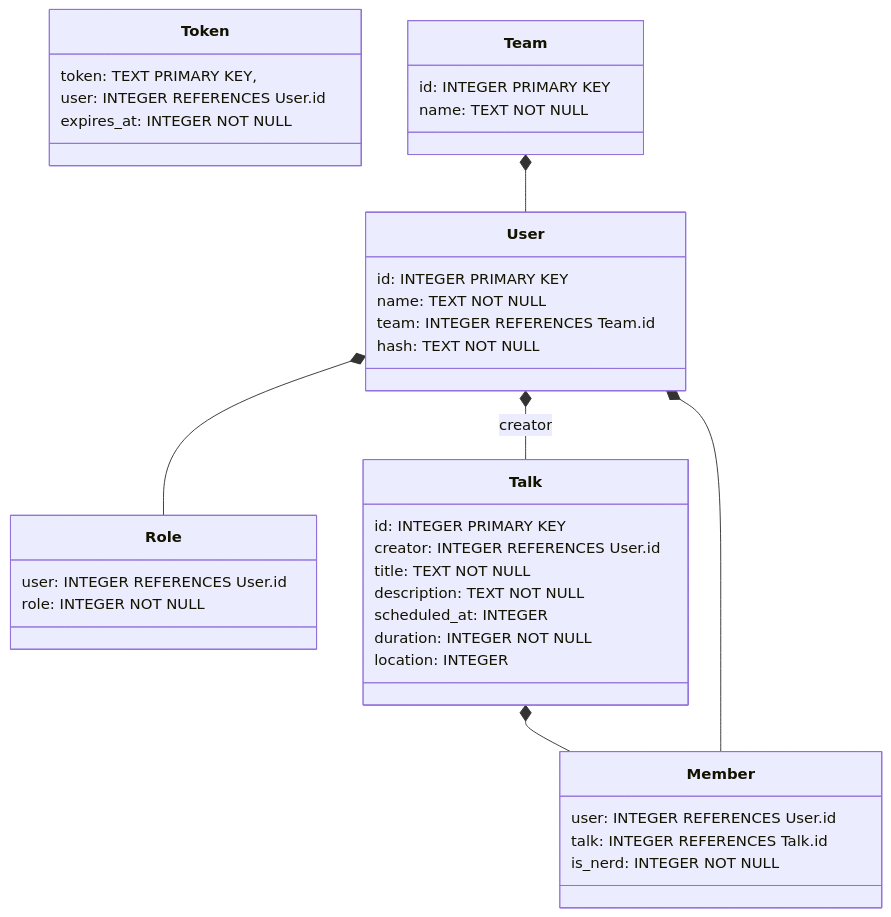
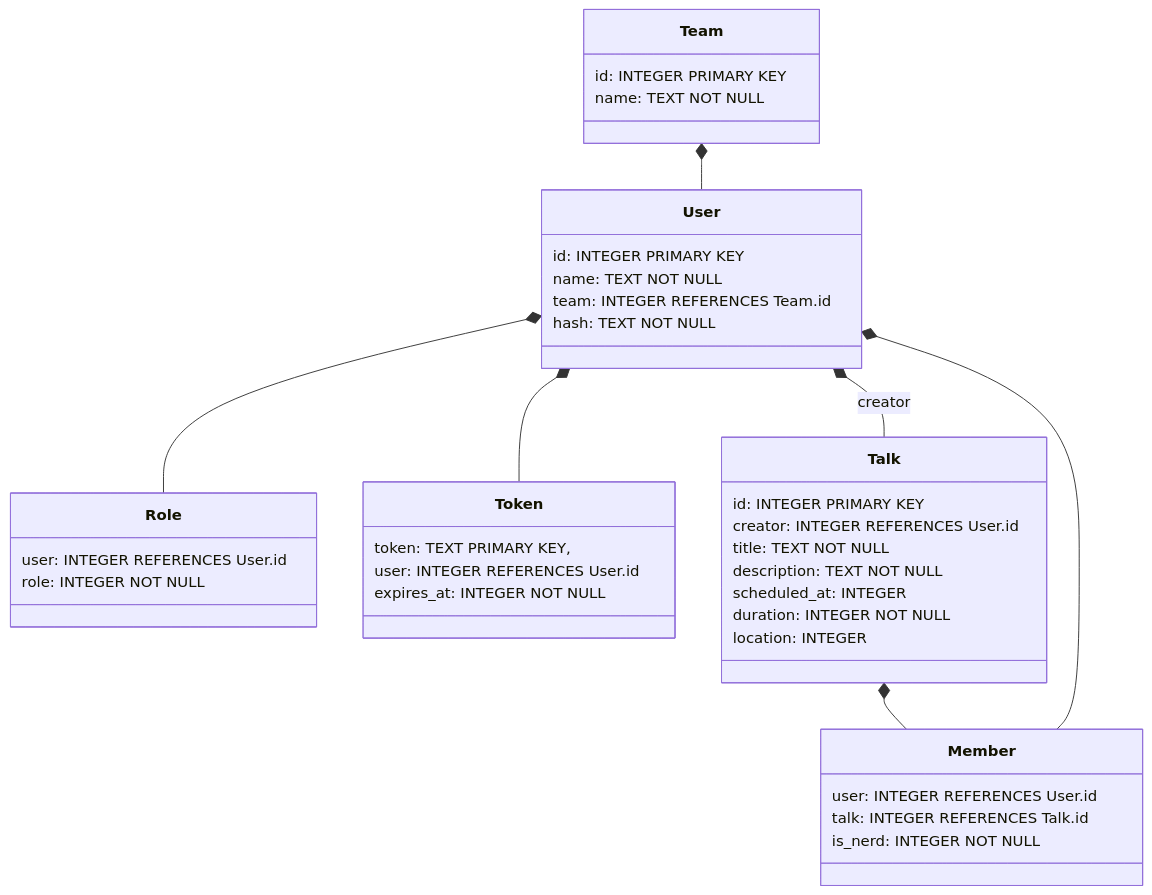
Before and after one commit to HULKs/mopad: the diagram in README.md, drawn with Mermaid. The commit also changed 1 other file, not shown here.

Commit message:
Add missing composition in table relation diagram

````diff
--- a/README.md
+++ b/README.md
@@ -113,41 +113,42 @@
 ```mermaid
 classDiagram
     class User {
         id: INTEGER PRIMARY KEY
         name: TEXT NOT NULL
         team: INTEGER REFERENCES Team.id
         hash: TEXT NOT NULL
     }
     class Role {
         user: INTEGER REFERENCES User.id
         role: INTEGER NOT NULL
     }
     class Token {
         token: TEXT PRIMARY KEY,
         user: INTEGER REFERENCES User.id
         expires_at: INTEGER NOT NULL
     }
     class Team {
         id: INTEGER PRIMARY KEY
         name: TEXT NOT NULL
     }
     class Talk {
         id: INTEGER PRIMARY KEY
         creator: INTEGER REFERENCES User.id
         title: TEXT NOT NULL
         description: TEXT NOT NULL
         scheduled_at: INTEGER
         duration: INTEGER NOT NULL
         location: INTEGER
     }
     class Member {
         user: INTEGER REFERENCES User.id
         talk: INTEGER REFERENCES Talk.id
         is_nerd: INTEGER NOT NULL
     }
     User *-- Role
     Team *-- User
     User *-- Talk: creator
     Talk *-- Member
     User *-- Member
+    User *-- Token
 ```
````
